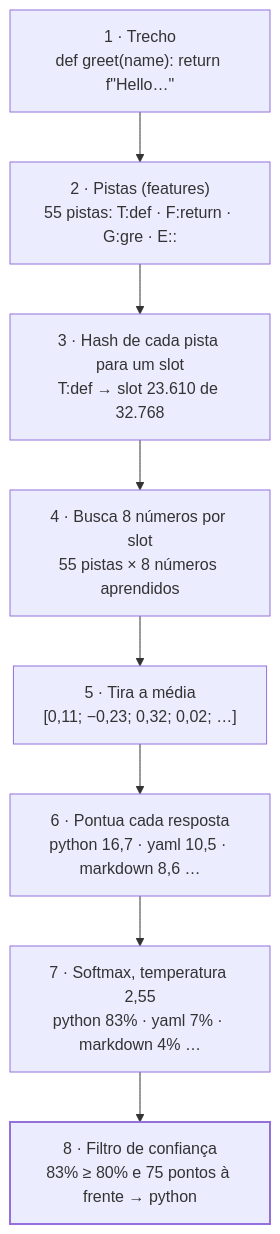
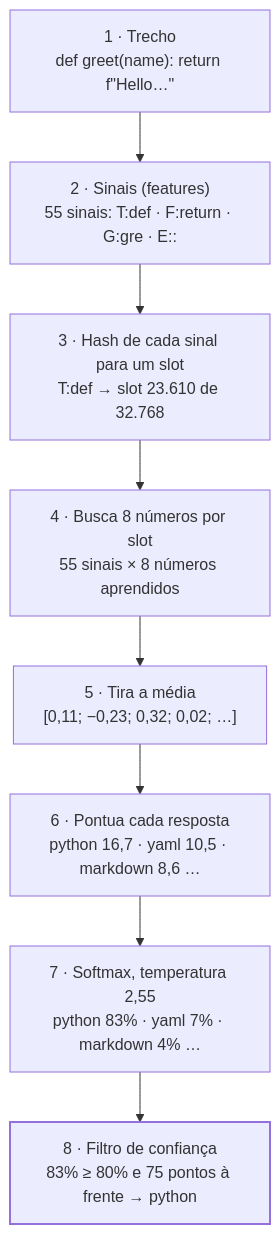
One commit to PabloFLPs/Marksage changed the first of 2 diagrams in docs/MODELS.pt-BR.md. Above: the diagram before and after it, drawn with Mermaid. The commit also changed other lines of this file and 7 other files, not shown here.

````diff
--- a/docs/MODELS.pt-BR.md
+++ b/docs/MODELS.pt-BR.md
@@ -54,12 +54,12 @@
 ```mermaid
 flowchart TB
-  A["1 · Trecho<br/>def greet(name): return f#quot;Hello…#quot;"] --> B["2 · Pistas (features)<br/>55 pistas: T:def · F:return · G:gre · E::"]
-  B --> C["3 · Hash de cada pista para um slot<br/>T:def → slot 23.610 de 32.768"]
-  C --> D["4 · Busca 8 números por slot<br/>55 pistas × 8 números aprendidos"]
+  A["1 · Trecho<br/>def greet(name): return f#quot;Hello…#quot;"] --> B["2 · Sinais (features)<br/>55 sinais: T:def · F:return · G:gre · E::"]
+  B --> C["3 · Hash de cada sinal para um slot<br/>T:def → slot 23.610 de 32.768"]
+  C --> D["4 · Busca 8 números por slot<br/>55 sinais × 8 números aprendidos"]
   D --> E["5 · Tira a média<br/>[0,11; −0,23; 0,32; 0,02; …]"]
   E --> F["6 · Pontua cada resposta<br/>python 16,7 · yaml 10,5 · markdown 8,6 …"]
   F --> G["7 · Softmax, temperatura 2,55<br/>python 83% · yaml 7% · markdown 4% …"]
   G --> H["8 · Filtro de confiança<br/>83% ≥ 80% e 75 pontos à frente → python"]
   classDef gate stroke-width:2px
   class H gate
 ```
````
